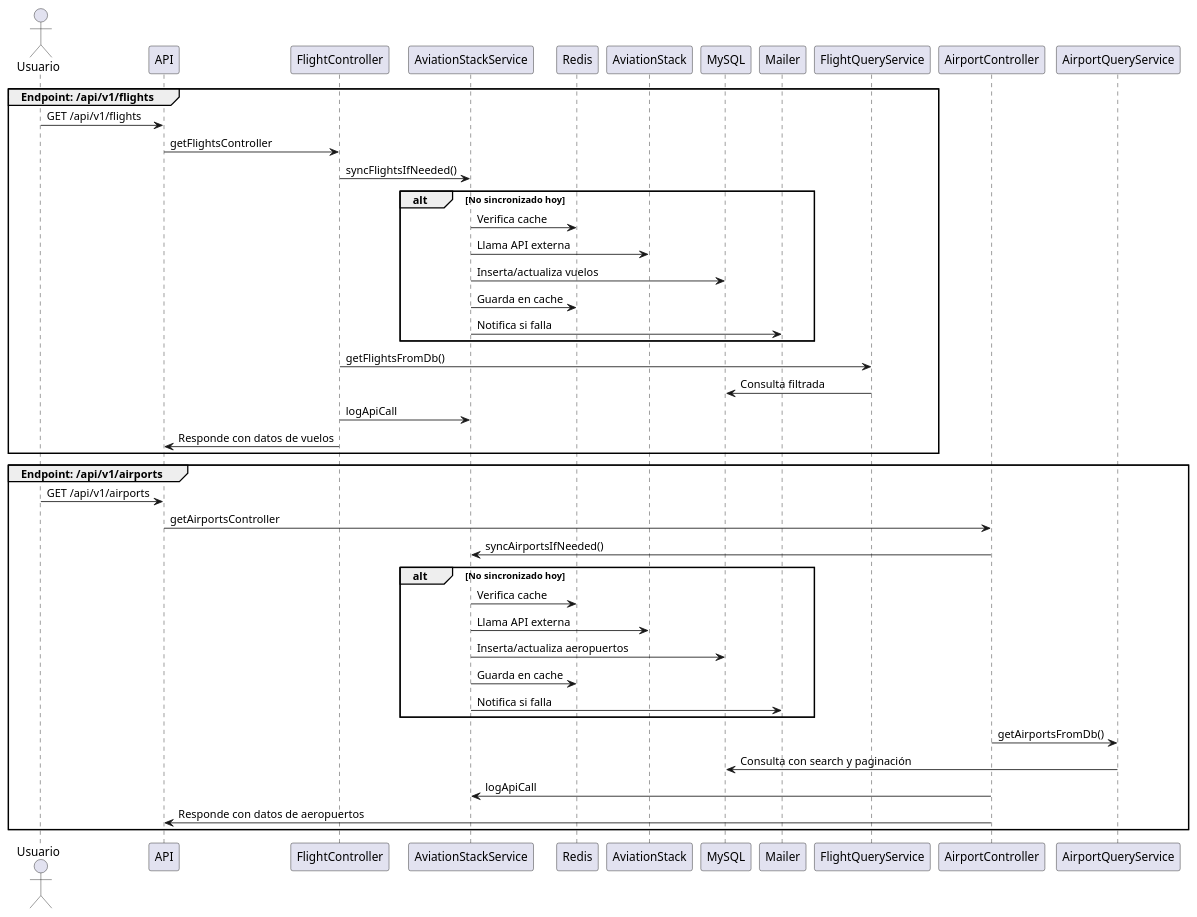
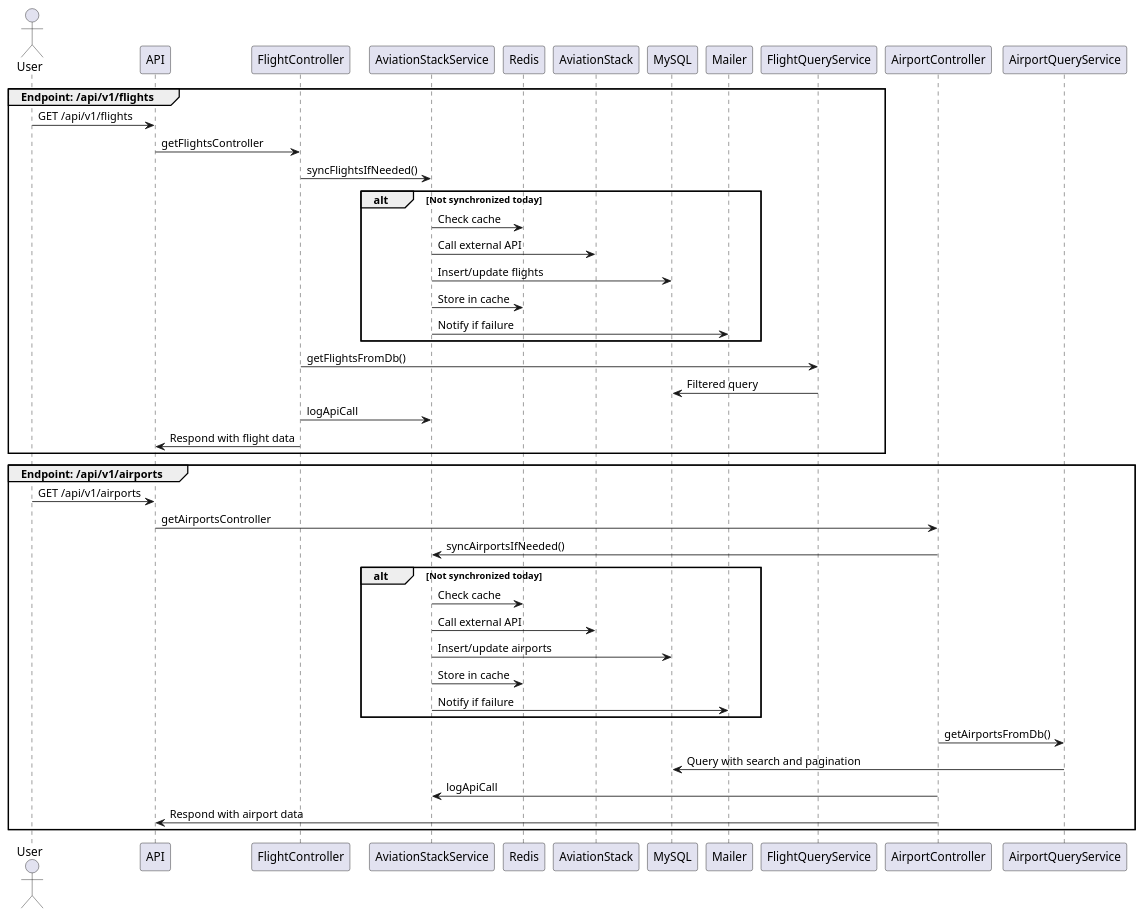
The diagram in data-flow.puml (jdanielrodriguez/aviation-integration), drawn with PlantUML before and after one commit. The commit also changed 12 other files, not shown here.

```diff
--- a/data-flow.puml
+++ b/data-flow.puml
@@ -1,35 +1,35 @@
 @startuml AviationStackFullFlow
-actor Usuario
+actor User
 group Endpoint: /api/v1/flights
-   Usuario -> API : GET /api/v1/flights
+   User -> API : GET /api/v1/flights
    API -> FlightController : getFlightsController
    FlightController -> AviationStackService : syncFlightsIfNeeded()
-   alt No sincronizado hoy
-      AviationStackService -> Redis : Verifica cache
-      AviationStackService -> AviationStack : Llama API externa
-      AviationStackService -> MySQL : Inserta/actualiza vuelos
-      AviationStackService -> Redis : Guarda en cache
-      AviationStackService -> Mailer : Notifica si falla
+   alt Not synchronized today
+      AviationStackService -> Redis : Check cache
+      AviationStackService -> AviationStack : Call external API
+      AviationStackService -> MySQL : Insert/update flights
+      AviationStackService -> Redis : Store in cache
+      AviationStackService -> Mailer : Notify if failure
    end
    FlightController -> FlightQueryService : getFlightsFromDb()
-   FlightQueryService -> MySQL : Consulta filtrada
+   FlightQueryService -> MySQL : Filtered query
    FlightController -> AviationStackService : logApiCall
-   FlightController -> API : Responde con datos de vuelos
+   FlightController -> API : Respond with flight data
 end group
 group Endpoint: /api/v1/airports
-   Usuario -> API : GET /api/v1/airports
+   User -> API : GET /api/v1/airports
    API -> AirportController : getAirportsController
    AirportController -> AviationStackService : syncAirportsIfNeeded()
-   alt No sincronizado hoy
-      AviationStackService -> Redis : Verifica cache
-      AviationStackService -> AviationStack : Llama API externa
-      AviationStackService -> MySQL : Inserta/actualiza aeropuertos
-      AviationStackService -> Redis : Guarda en cache
-      AviationStackService -> Mailer : Notifica si falla
+   alt Not synchronized today
+      AviationStackService -> Redis : Check cache
+      AviationStackService -> AviationStack : Call external API
+      AviationStackService -> MySQL : Insert/update airports
+      AviationStackService -> Redis : Store in cache
+      AviationStackService -> Mailer : Notify if failure
    end
    AirportController -> AirportQueryService : getAirportsFromDb()
-   AirportQueryService -> MySQL : Consulta con search y paginación
+   AirportQueryService -> MySQL : Query with search and pagination
    AirportController -> AviationStackService : logApiCall
-   AirportController -> API : Responde con datos de aeropuertos
+   AirportController -> API : Respond with airport data
 end group
 @enduml
```
